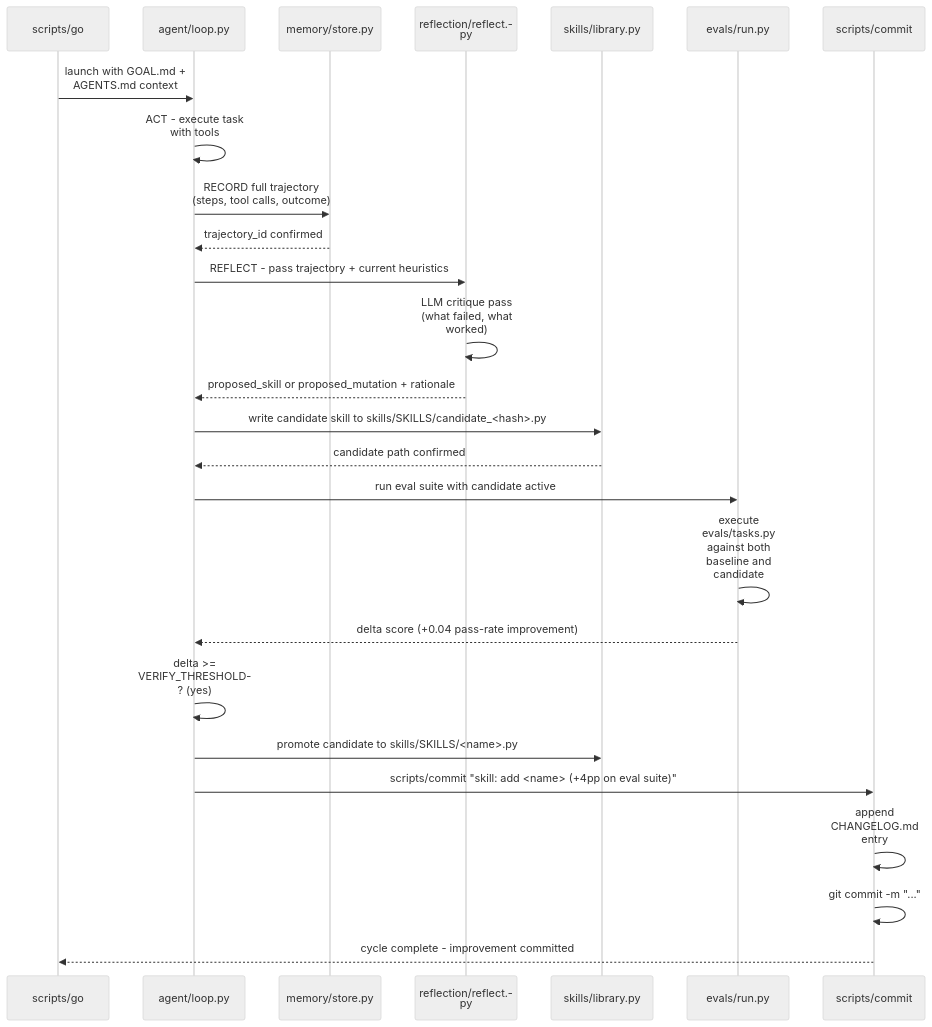
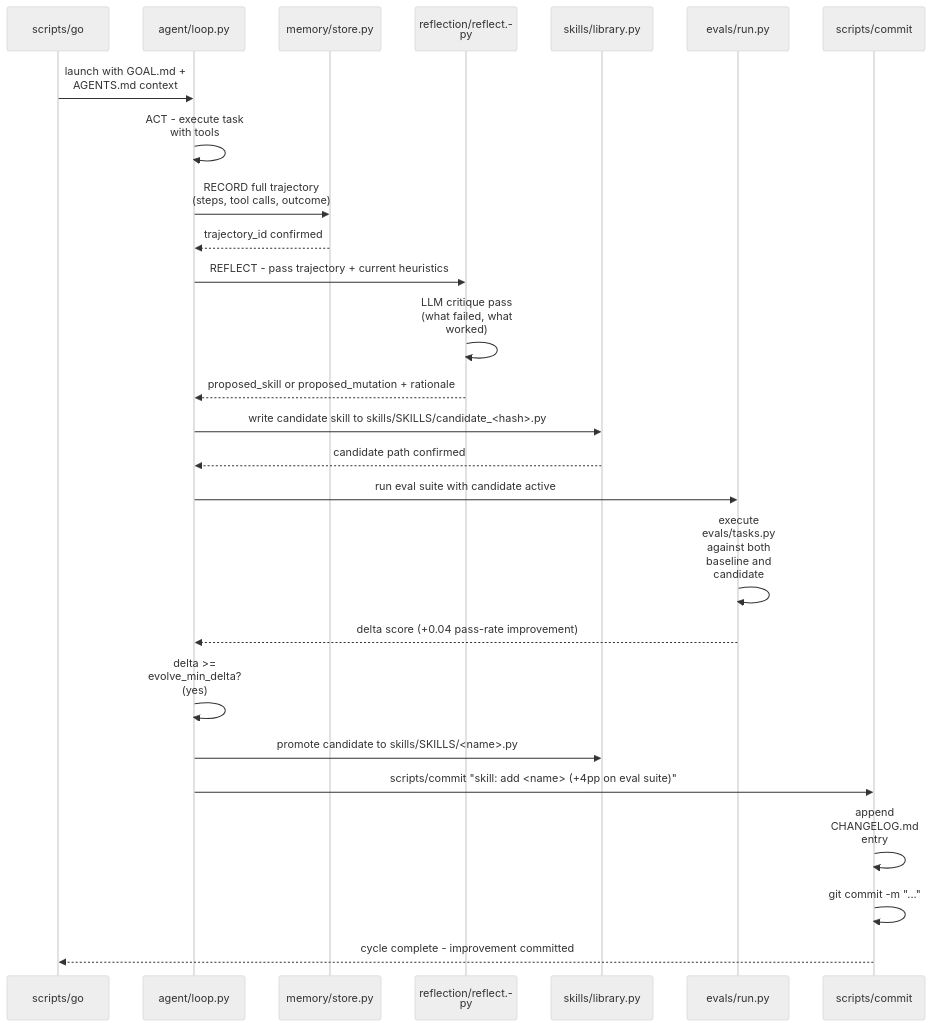
Before and after one commit to shaneliuyx/self-improving-agents-curriculum: the second of 2 diagrams in curriculum/11 - Capstone - Production Agent.md, drawn with Mermaid. The commit also changed other lines of this file, not shown here.

````diff
--- a/curriculum/11 - Capstone - Production Agent.md
+++ b/curriculum/11 - Capstone - Production Agent.md
@@ -68,30 +68,30 @@
 ```mermaid
 %%{init: {"theme":"neutral","themeVariables":{"fontSize":"16px"},"sequence":{"useMaxWidth":true,"wrap":true}}}%%
 sequenceDiagram
     participant S as scripts/go
     participant L as agent/loop.py
     participant M as memory/store.py
     participant R as reflection/reflect.py
     participant SK as skills/library.py
     participant EV as evals/run.py
     participant C as scripts/commit
 
     S->>L: launch with GOAL.md + AGENTS.md context
     L->>L: ACT - execute task with tools
     L->>M: RECORD full trajectory (steps, tool calls, outcome)
     M-->>L: trajectory_id confirmed
     L->>R: REFLECT - pass trajectory + current heuristics
     R->>R: LLM critique pass (what failed, what worked)
     R-->>L: proposed_skill or proposed_mutation + rationale
     L->>SK: write candidate skill to skills/SKILLS/candidate_<hash>.py
     SK-->>L: candidate path confirmed
     L->>EV: run eval suite with candidate active
     EV->>EV: execute evals/tasks.py against both baseline and candidate
     EV-->>L: delta score (+0.04 pass-rate improvement)
-    L->>L: delta >= VERIFY_THRESHOLD? (yes)
+    L->>L: delta >= evolve_min_delta? (yes)
     L->>SK: promote candidate to skills/SKILLS/<name>.py
     L->>C: scripts/commit "skill: add <name> (+4pp on eval suite)"
     C->>C: append CHANGELOG.md entry
     C->>C: git commit -m "..."
     C-->>S: cycle complete - improvement committed
 ```
````
